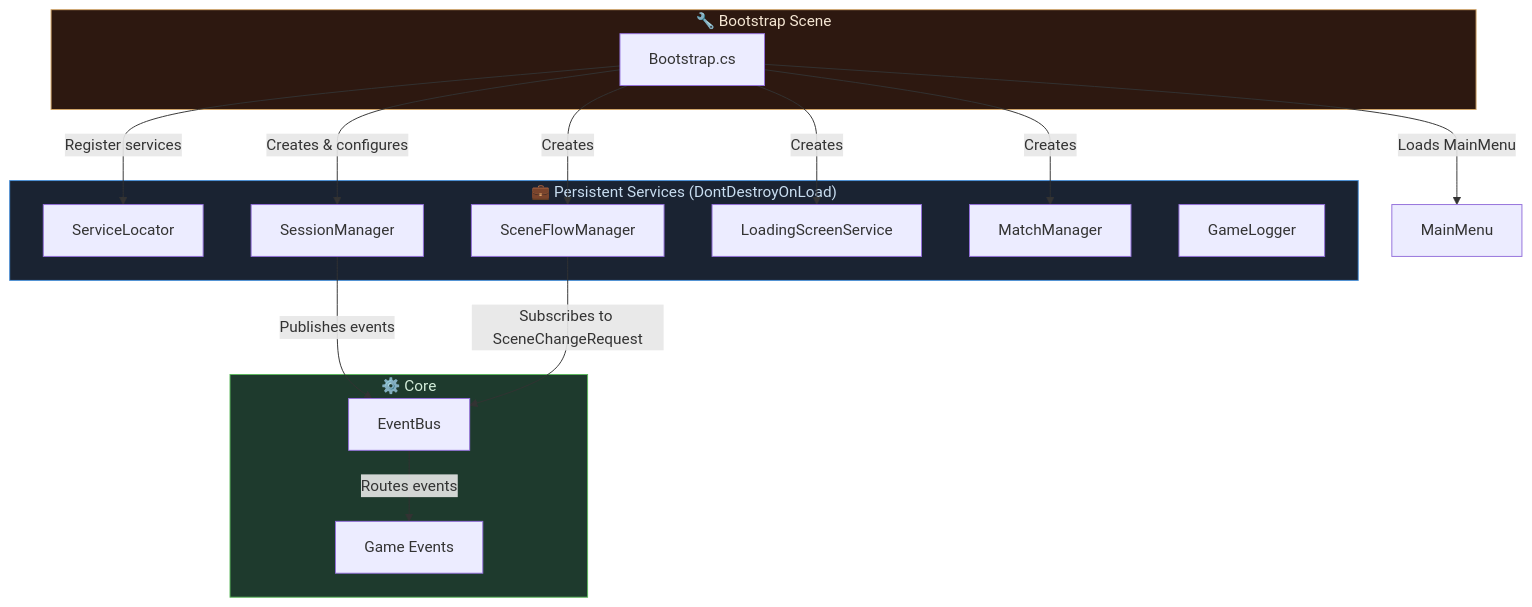
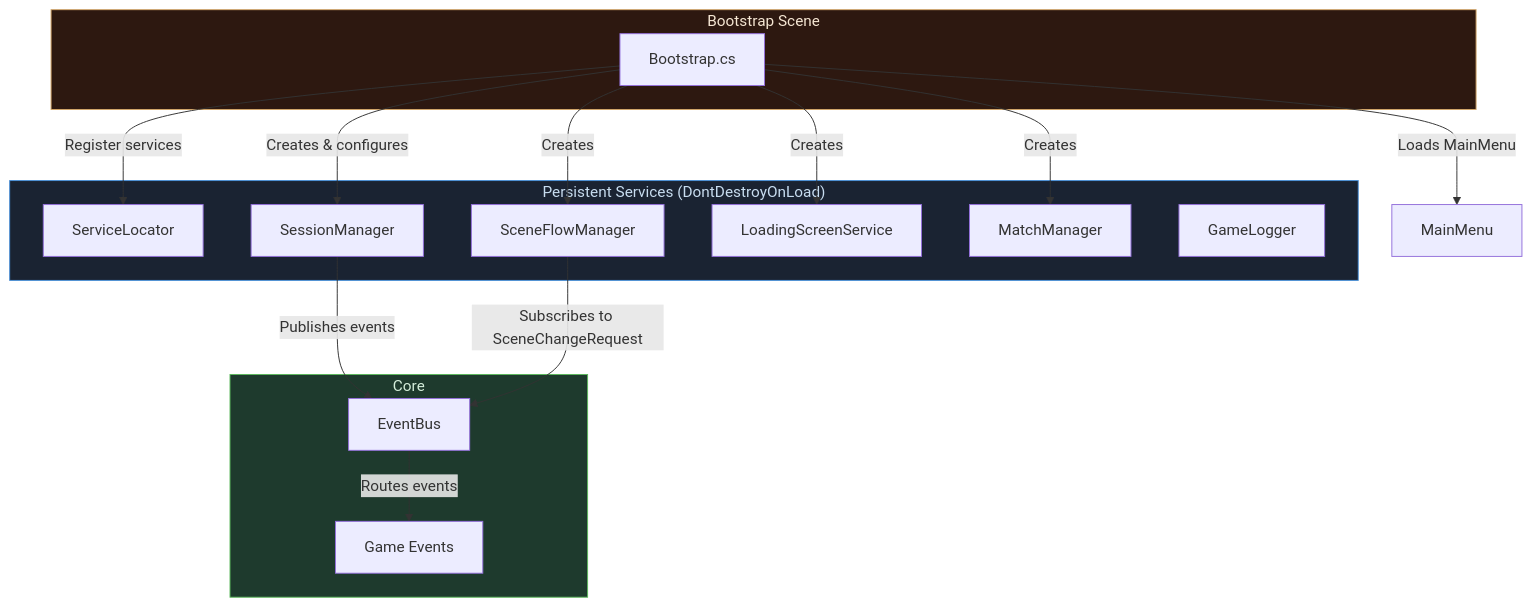
The first of 5 diagrams in README.md (AngelQuinteroDev/Drunk-Cowboys), drawn with Mermaid before and after one commit. The commit also changed other lines of this file, not shown here.

````diff
--- a/README.md
+++ b/README.md
@@ -71,35 +70,35 @@
 ```mermaid
 graph TD
-    subgraph Bootstrap ["🔧 Bootstrap Scene"]
+    subgraph Bootstrap [" Bootstrap Scene"]
         B[Bootstrap.cs]
     end
 
-    subgraph Services ["💼 Persistent Services (DontDestroyOnLoad)"]
+    subgraph Services [" Persistent Services (DontDestroyOnLoad)"]
         SL[ServiceLocator]
         SM[SessionManager]
         SFM[SceneFlowManager]
         LS[LoadingScreenService]
         MM[MatchManager]
         GL[GameLogger]
     end
 
-    subgraph Core ["⚙️ Core"]
+    subgraph Core ["Core"]
         EB[EventBus]
         GE[Game Events]
     end
 
     B -->|"Register services"| SL
     B -->|"Creates & configures"| SM
     B -->|"Creates"| SFM
     B -->|"Creates"| LS
     B -->|"Creates"| MM
     B -->|"Loads MainMenu"| MainMenu
 
     SM -->|"Publishes events"| EB
     SFM -->|"Subscribes to SceneChangeRequest"| EB
     EB -->|"Routes events"| GE
 
     style Bootstrap fill:#2d1810,stroke:#d4a76a,color:#f5e6d3
     style Services fill:#1a2332,stroke:#4a90d9,color:#c8ddf0
     style Core fill:#1e3a2d,stroke:#5cb85c,color:#d4edda
 ```
````
